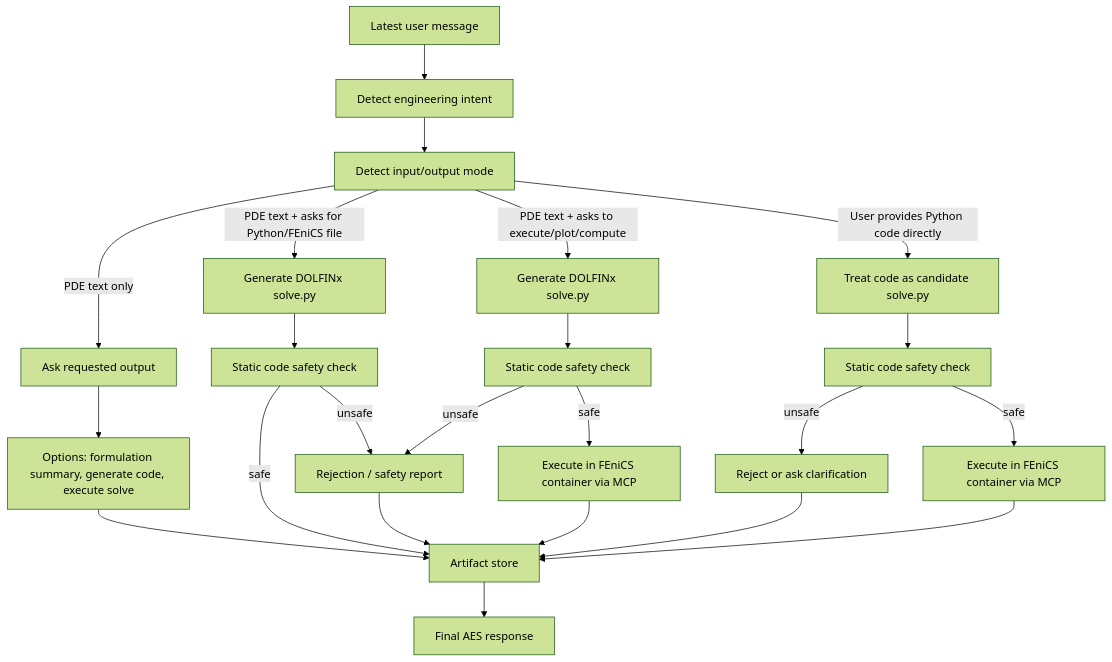
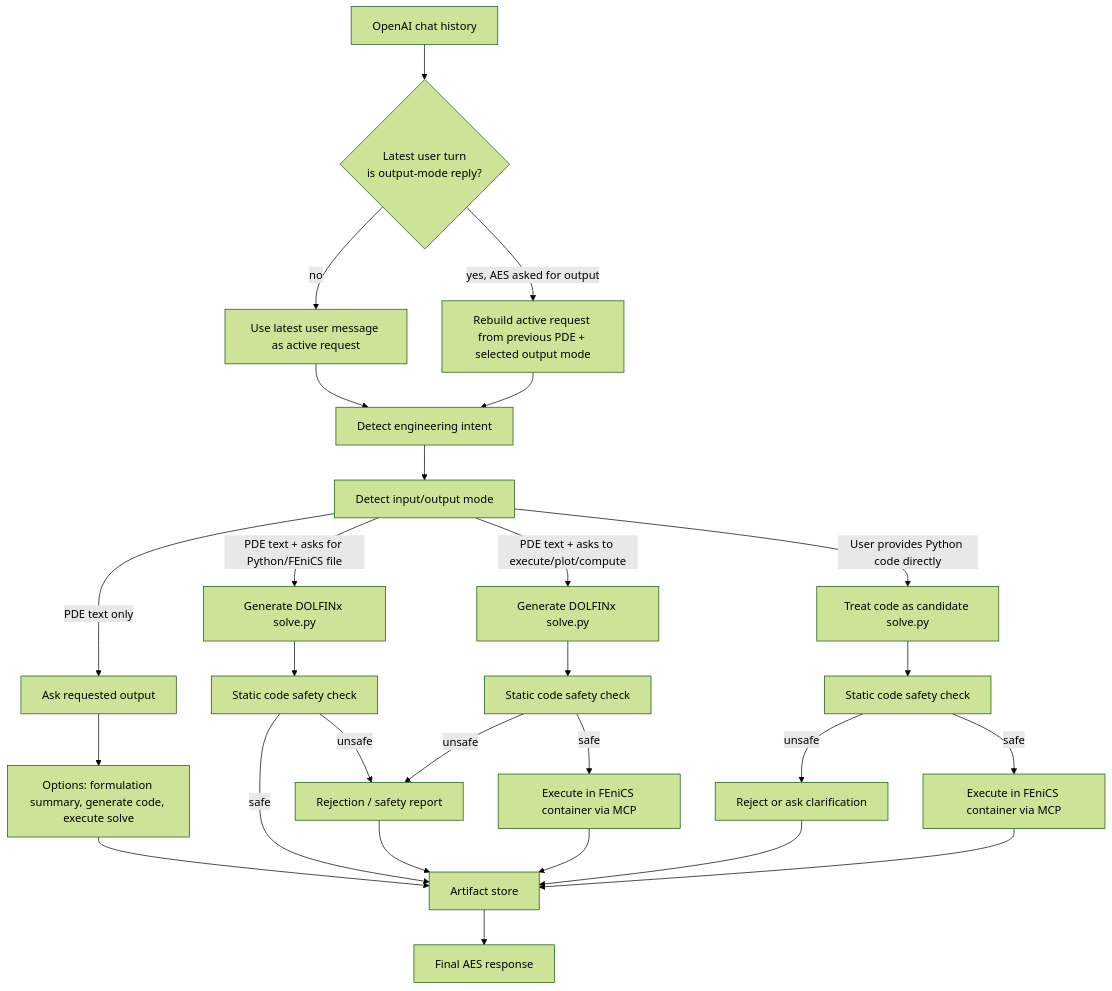
The second of 2 diagrams in docs/architecture.md (RadmirG/AES), drawn with Mermaid (forest theme) before and after one commit. The commit also changed other lines of this file and 4 other files, not shown here.

````diff
--- a/docs/architecture.md
+++ b/docs/architecture.md
@@ -92,30 +92,34 @@
 ```mermaid
 flowchart TD
-    A["Latest user message"] --> B["Detect engineering intent"]
+    A["OpenAI chat history"] --> A1{"Latest user turn \n is output-mode reply?"}
+    A1 -->|no| A2["Use latest user message as active request"]
+    A1 -->|yes, AES asked for output| A3["Rebuild active request from previous PDE + selected output mode"]
+    A2 --> B["Detect engineering intent"]
+    A3 --> B
     B --> C["Detect input/output mode"]
 
     C -->|PDE text only| D["Ask requested output"]
     D --> E["Options: formulation summary, generate code, execute solve"]
     E --> H["Artifact store"]
 
     C -->|PDE text + asks for Python/FEniCS file| F["Generate DOLFINx solve.py"]
     F --> G["Static code safety check"]
     G -->|safe| H
     G -->|unsafe| R["Rejection / safety report"]
     R --> H
 
     C -->|PDE text + asks to execute/plot/compute| I["Generate DOLFINx solve.py"]
     I --> J["Static code safety check"]
     J -->|safe| K["Execute in FEniCS container via MCP"]
     J -->|unsafe| R
     K --> H
 
     C -->|User provides Python code directly| L["Treat code as candidate solve.py"]
     L --> M["Static code safety check"]
     M -->|unsafe| N["Reject or ask clarification"]
     M -->|safe| O["Execute in FEniCS container via MCP"]
     N --> H
     O --> H
 
     H --> Z["Final AES response"]
 ```
````
